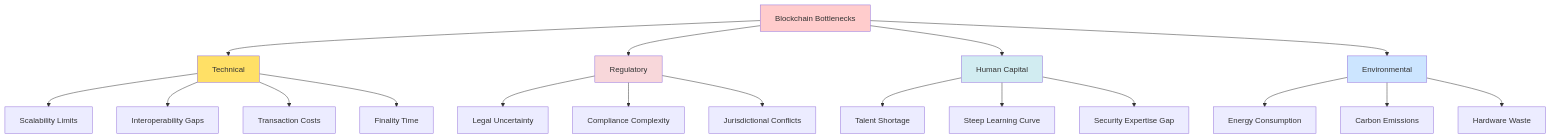
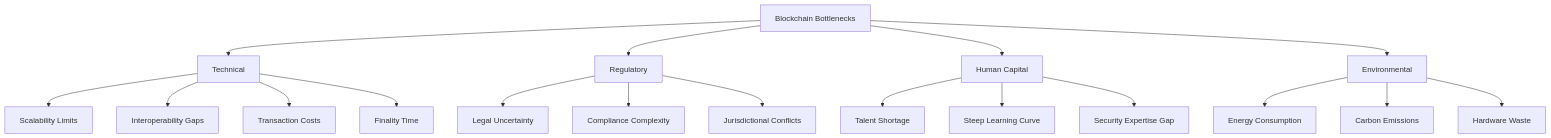
One commit to ljg-cqu/knowledge changed the eighth of 23 diagrams in Industry/Blockchain/Blockchain/ValueChain/QA_MistralAI.md. Above: the diagram before and after it, drawn with Mermaid. The commit also changed other lines of this file, not shown here.

Commit message:
Enhance value chain analysis in QA_MistralAI.md by refining flow diagrams and adding key characteristics. Improved clarity on capital cycles, fee flows, and governance mechanisms to better illustrate stakeholder interactions and regulatory impacts.

````diff
--- a/Industry/Blockchain/Blockchain/ValueChain/QA_MistralAI.md
+++ b/Industry/Blockchain/Blockchain/ValueChain/QA_MistralAI.md
@@ -582,30 +592,25 @@
 ```mermaid
 graph TD
     A[Blockchain Bottlenecks] --> B[Technical]
     A --> C[Regulatory]
     A --> D[Human Capital]
     A --> E[Environmental]
     
     B --> B1[Scalability Limits]
     B --> B2[Interoperability Gaps]
     B --> B3[Transaction Costs]
     B --> B4[Finality Time]
     
     C --> C1[Legal Uncertainty]
     C --> C2[Compliance Complexity]
     C --> C3[Jurisdictional Conflicts]
     
     D --> D1[Talent Shortage]
     D --> D2[Steep Learning Curve]
     D --> D3[Security Expertise Gap]
     
     E --> E1[Energy Consumption]
     E --> E2[Carbon Emissions]
     E --> E3[Hardware Waste]
     
-    style A fill:#ffcccc
-    style B fill:#ffe066
-    style C fill:#f8d7da
-    style D fill:#d1ecf1
-    style E fill:#cce5ff
 ```
````
